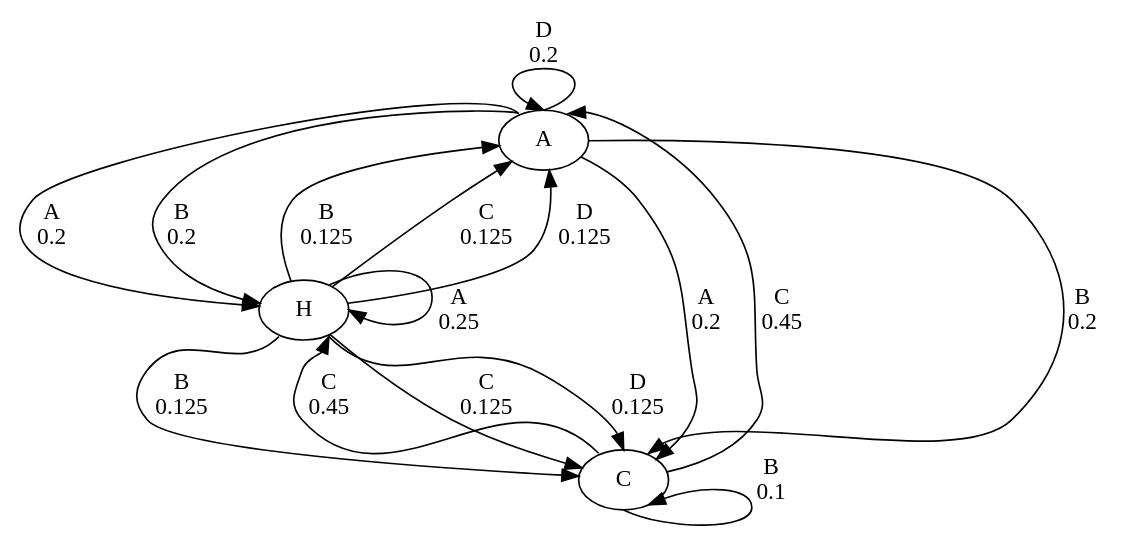
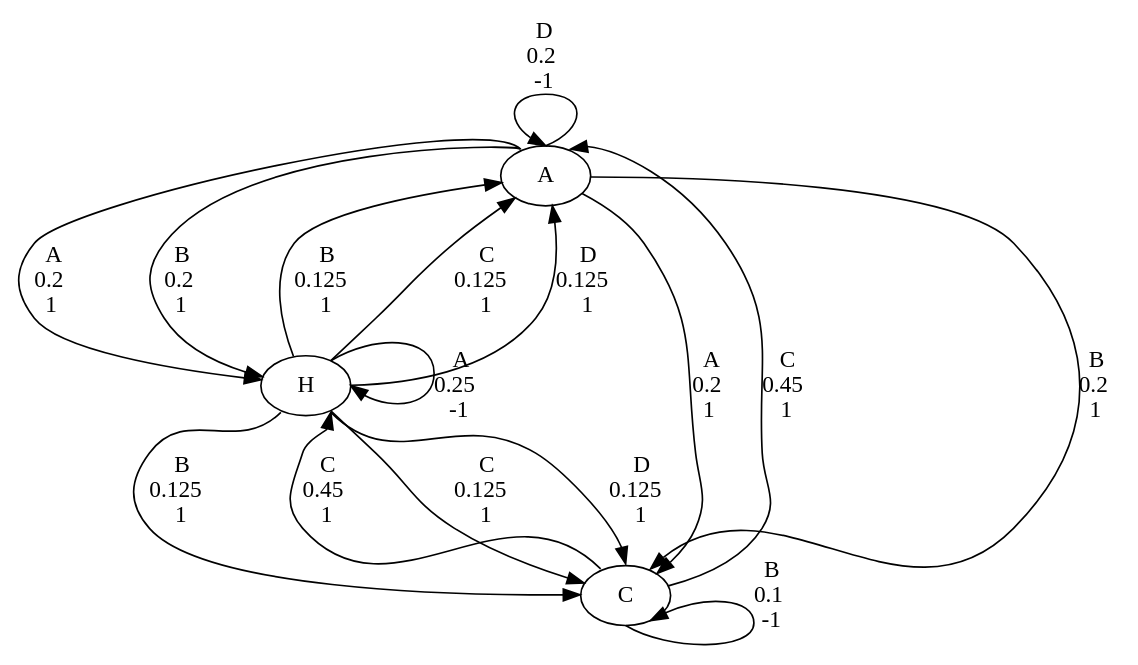
The second of 4 diagrams in hw/1/test.qmd (carschandler/ece595rl), drawn with Graphviz before and after one commit. The commit also changed other lines of this file and 1 other file, not shown here.

````diff
--- a/hw/1/test.qmd
+++ b/hw/1/test.qmd
@@ -457,21 +541,22 @@
 ```{dot}
+//| label: fig-graph
+//| fig-cap: "Model Transition Graph"
 digraph {
-  // layout = fdp
   graph [nodesep=0.7,]
-  A:nw -> H [label="A\n0.2"]
-  A -> C [label="A\n0.2"]
-  A:nw -> H [label="B\n0.2"]
-  A -> C:ne [label="B\n0.2"]
-  A:n -> A:n [label="D\n0.2"]
-  H:ne -> H:e [label="A\n0.25"]
-  H -> A [label="B\n0.125"]
-  H:sw -> C [label="B\n0.125"]
-  H -> A [label="C\n0.125"]
-  H -> C [label="C\n0.125"]
-  H -> A [label="D\n0.125"]
-  H:se -> C:n [label="D\n0.125"]
-  C:s -> C:se [label="B\n0.1"]
-  C -> A:ne [label="C\n0.45"]
-  C:nw -> H:se [label="C\n0.45"]
+  A:nw -> H [label=<A<BR/>0.2<BR/>1>]
+  A -> C [label=<A<BR/>0.2<BR/>1>]
+  A:nw -> H [label=<B<BR/>0.2<BR/>1>]
+  A -> C:ne [label=<B<BR/>0.2<BR/>1>]
+  A:n -> A:n [label=<D<BR/>0.2<BR/>-1>]
+  H:ne -> H:e [label=<A<BR/>0.25<BR/>-1>]
+  H -> A [label=<B<BR/>0.125<BR/>1>]
+  H:sw -> C [label=<B<BR/>0.125<BR/>1>]
+  H -> A [label=<C<BR/>0.125<BR/>1>]
+  H -> C [label=<C<BR/>0.125<BR/>1>]
+  H -> A [label=<D<BR/>0.125<BR/>1>]
+  H:se -> C:n [label=<D<BR/>0.125<BR/>1>]
+  C:s -> C:se [label=<B<BR/>0.1<BR/>-1>]
+  C -> A:ne [label=<C<BR/>0.45<BR/>1>]
+  C:nw -> H:se [label=<C<BR/>0.45<BR/>1>]
 }
 ```
````
